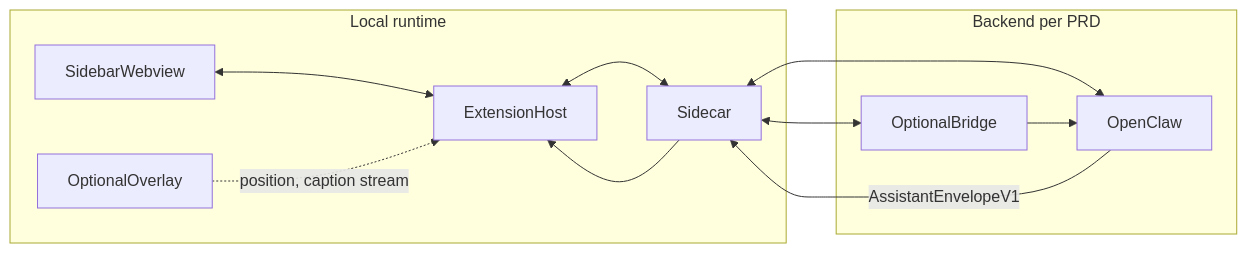
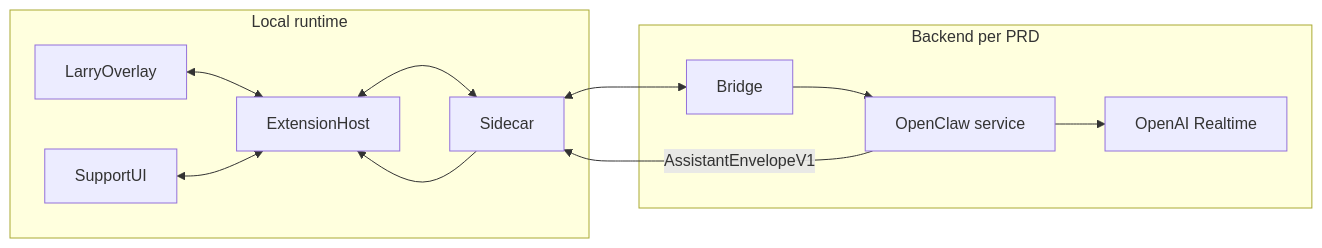
Before and after one commit to ayushmk7/CursorBuddy: the diagram in backend/agents/docs/BACKEND_VS_LOCAL_RUNTIME.md, drawn with Mermaid. The commit also changed other lines of this file and 34 other files, not shown here.

First line of the commit message:
docs: align Larry docs with cursor-first guidance flow

````diff
--- a/backend/agents/docs/BACKEND_VS_LOCAL_RUNTIME.md
+++ b/backend/agents/docs/BACKEND_VS_LOCAL_RUNTIME.md
@@ -14,21 +14,22 @@
 ```mermaid
 flowchart LR
   subgraph local [Local runtime]
     Ext[ExtensionHost]
-    Web[SidebarWebview]
+    Lar[LarryOverlay]
+    Ui[SupportUI]
     Side[Sidecar]
-    Ovl[OptionalOverlay]
   end
   subgraph backend [Backend per PRD]
-    OC[OpenClaw]
-    Br[OptionalBridge]
+    Br[Bridge]
+    OC[OpenClaw service]
+    OA[OpenAI Realtime]
   end
-  Web <--> Ext
+  Lar <--> Ext
+  Ui <--> Ext
   Ext <--> Side
-  Side <--> OC
   Side <--> Br
   Br --> OC
-  Ovl -.->|"position, caption stream"| Ext
+  OC --> OA
   OC -->|"AssistantEnvelopeV1"| Side
   Side --> Ext
 ```
````
